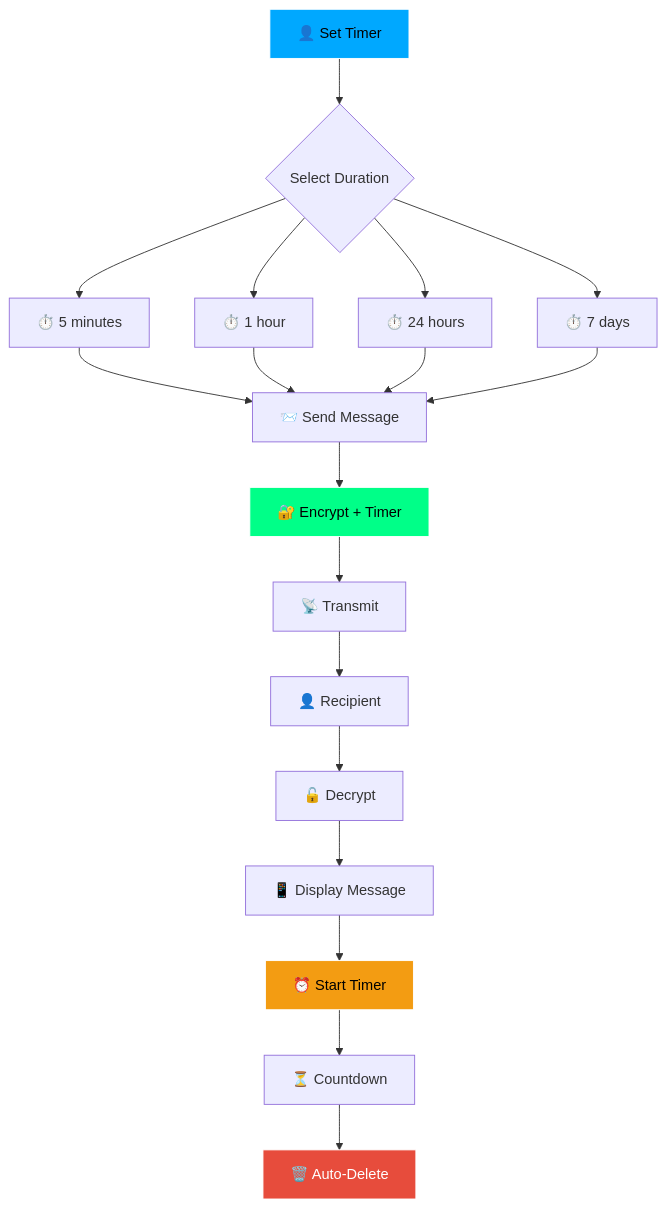
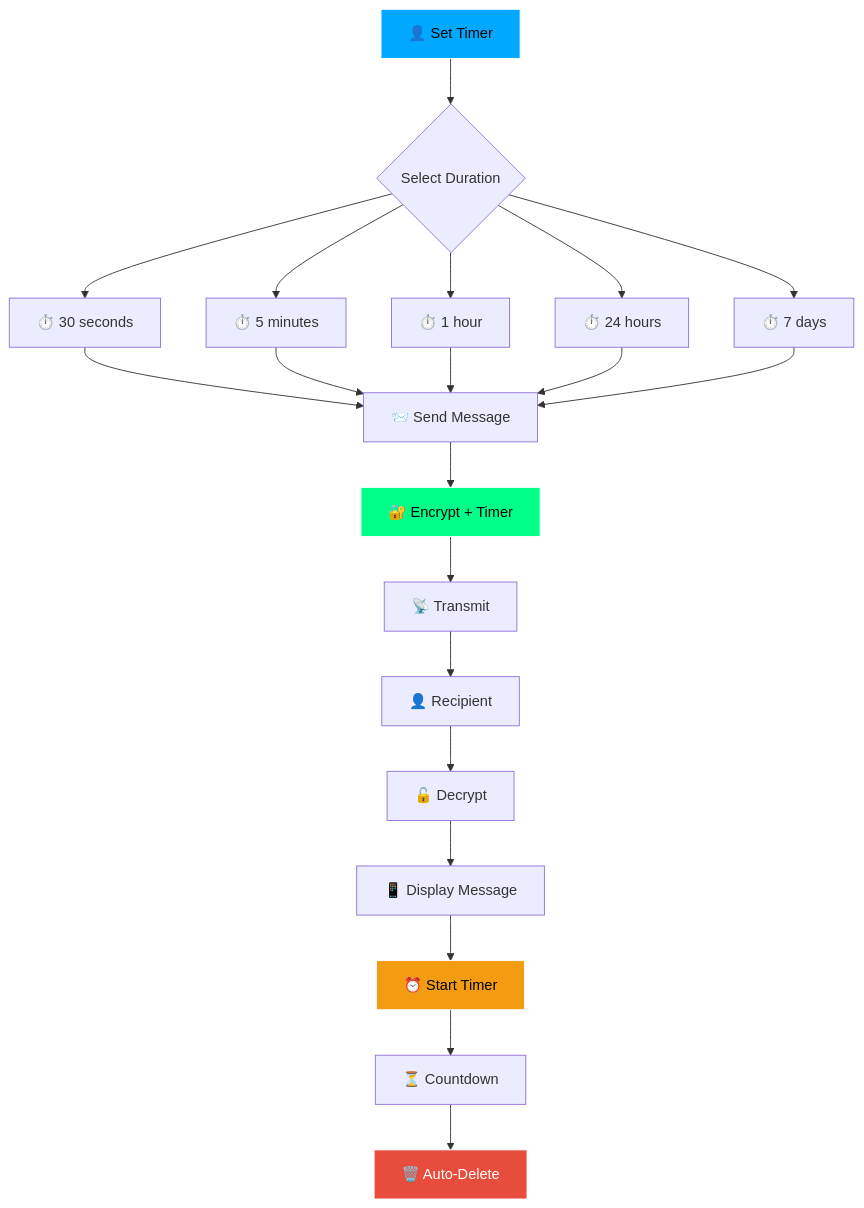
The ninth of 9 diagrams in README.md (Hetpatel01021111/Eclipse), drawn with Mermaid before and after one commit. The commit also changed other lines of this file, not shown here.

Commit message:
docs: create comprehensive README with detailed architecture, security, and deployment guides

````diff
--- a/README.md
+++ b/README.md
@@ -272,27 +644,29 @@
 ```mermaid
 graph TB
     A[👤 Set Timer] --> B{Select Duration}
-    B --> C[⏱️ 5 minutes]
-    B --> D[⏱️ 1 hour]
-    B --> E[⏱️ 24 hours]
-    B --> F[⏱️ 7 days]
+    B --> C[⏱️ 30 seconds]
+    B --> D[⏱️ 5 minutes]
+    B --> E[⏱️ 1 hour]
+    B --> F[⏱️ 24 hours]
+    B --> G[⏱️ 7 days]
     
-    C --> G[📨 Send Message]
-    D --> G
-    E --> G
-    F --> G
+    C --> H[📨 Send Message]
+    D --> H
+    E --> H
+    F --> H
+    G --> H
     
-    G --> H[🔐 Encrypt + Timer]
-    H --> I[📡 Transmit]
-    I --> J[👤 Recipient]
-    J --> K[🔓 Decrypt]
-    K --> L[📱 Display Message]
-    L --> M[⏰ Start Timer]
-    M --> N[⏳ Countdown]
-    N --> O[🗑️ Auto-Delete]
+    H --> I[🔐 Encrypt + Timer]
+    I --> J[📡 Transmit]
+    J --> K[👤 Recipient]
+    K --> L[🔓 Decrypt]
+    L --> M[📱 Display Message]
+    M --> N[⏰ Start Timer]
+    N --> O[⏳ Countdown]
+    O --> P[🗑️ Auto-Delete]
     
     style A fill:#00a8ff,stroke:#fff,color:#000
-    style H fill:#00ff88,stroke:#fff,color:#000
-    style M fill:#f39c12,stroke:#fff,color:#000
-    style O fill:#e74c3c,stroke:#fff,color:#fff
+    style I fill:#00ff88,stroke:#fff,color:#000
+    style N fill:#f39c12,stroke:#fff,color:#000
+    style P fill:#e74c3c,stroke:#fff,color:#fff
 ```
````
